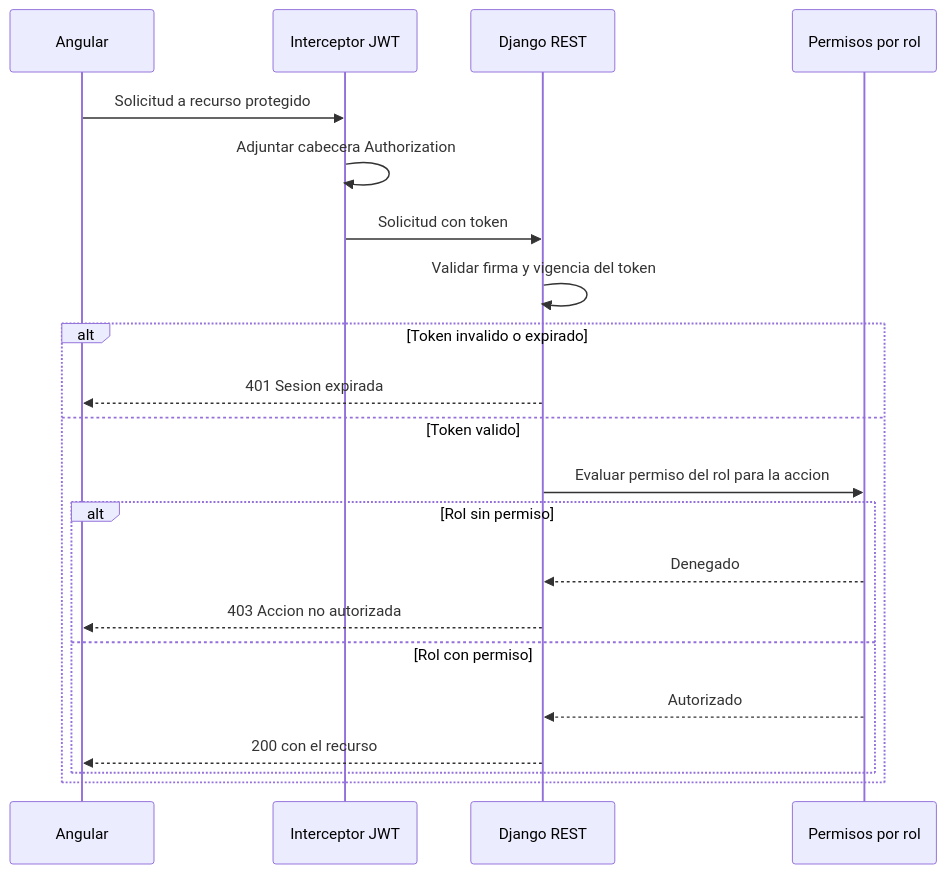
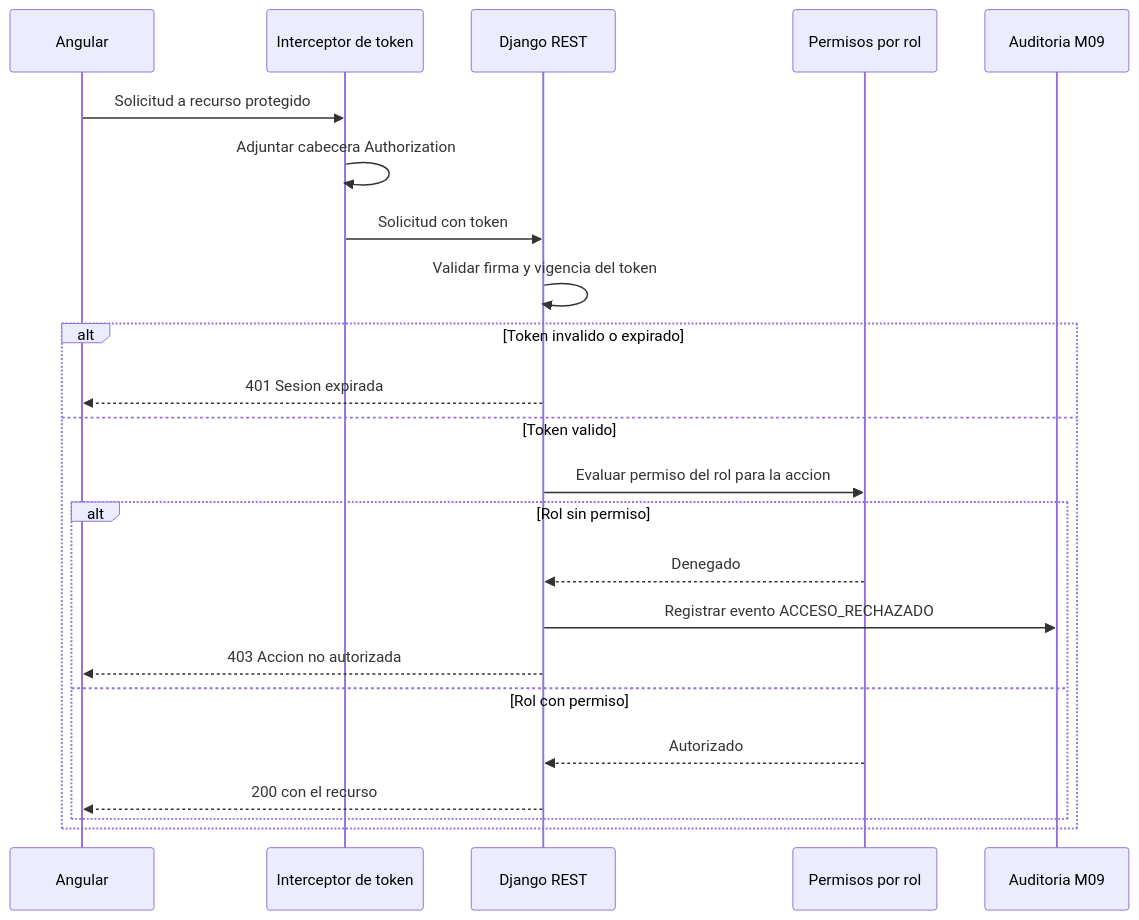
Before and after one commit to adlerOmonte1/LogisticaMinera: the third of 3 diagrams in docs/modulos/M01-autenticacion/diagramas/secuencia.md, drawn with Mermaid. The commit also changed other lines of this file and 9 other files, not shown here.

````diff
--- a/docs/modulos/M01-autenticacion/diagramas/secuencia.md
+++ b/docs/modulos/M01-autenticacion/diagramas/secuencia.md
@@ -57,24 +59,28 @@
 ```mermaid
 sequenceDiagram
     participant NG as Angular
-    participant INT as Interceptor JWT
+    participant INT as Interceptor de token
     participant API as Django REST
     participant PER as Permisos por rol
+    participant AUD as Auditoria M09
 
     NG->>INT: Solicitud a recurso protegido
     INT->>INT: Adjuntar cabecera Authorization
     INT->>API: Solicitud con token
     API->>API: Validar firma y vigencia del token
+
     alt Token invalido o expirado
         API-->>NG: 401 Sesion expirada
     else Token valido
         API->>PER: Evaluar permiso del rol para la accion
+
         alt Rol sin permiso
             PER-->>API: Denegado
+            API->>AUD: Registrar evento ACCESO_RECHAZADO
             API-->>NG: 403 Accion no autorizada
         else Rol con permiso
             PER-->>API: Autorizado
             API-->>NG: 200 con el recurso
         end
     end
 ```
````
